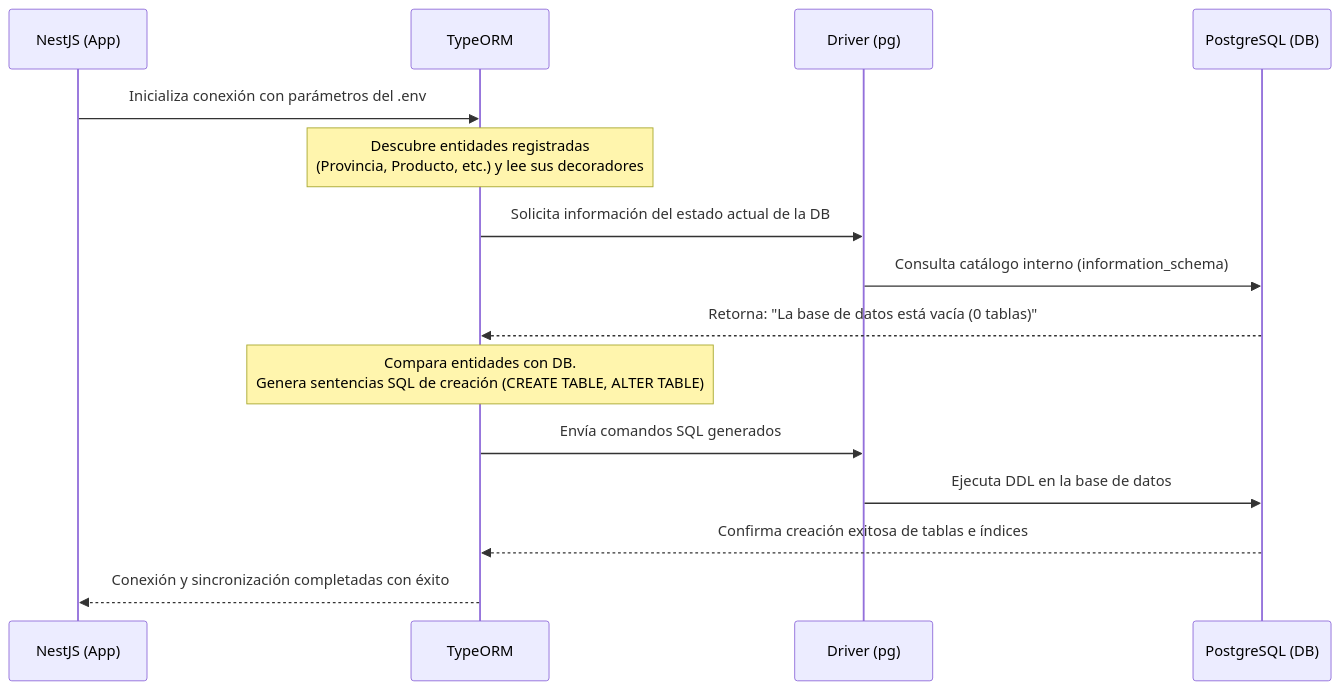
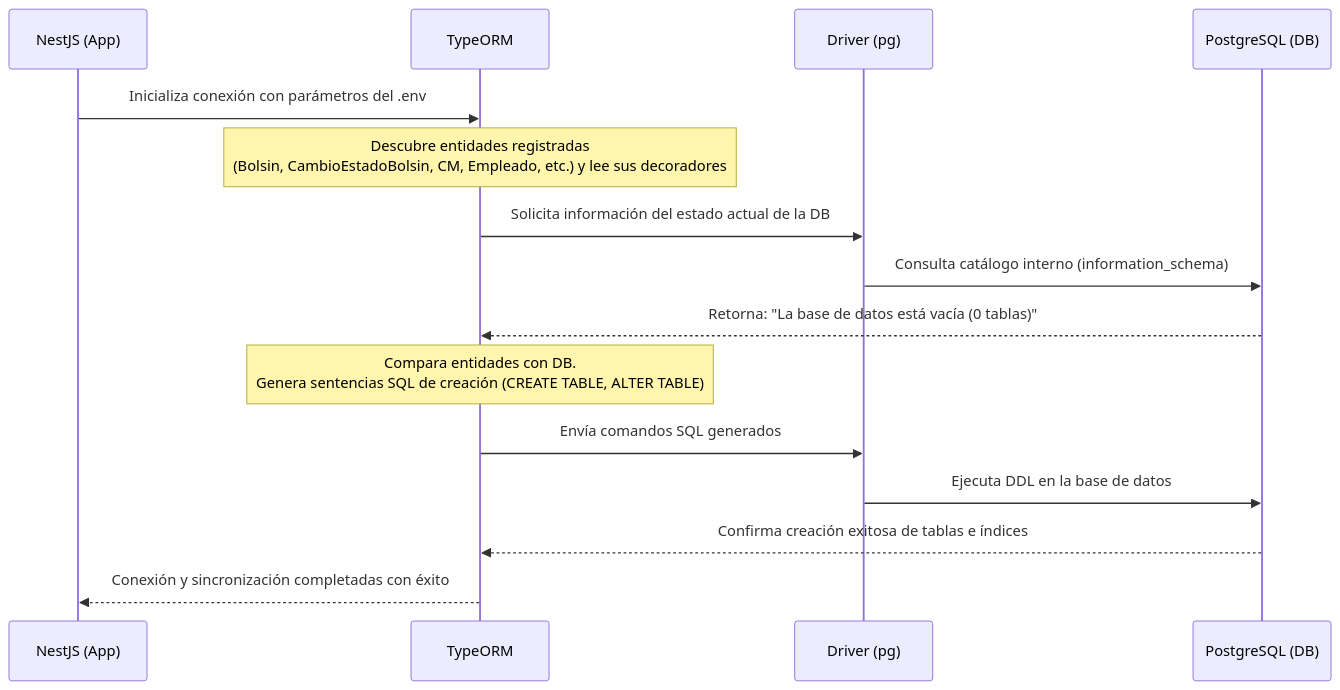
The diagram in tecnologias.md (bbeletti/tpi-dsi), drawn with Mermaid before and after one commit. The commit also changed other lines of this file and 3 other files, not shown here.

````diff
--- a/tecnologias.md
+++ b/tecnologias.md
@@ -39,18 +39,18 @@
 ```mermaid
 sequenceDiagram
     participant NestJS as NestJS (App)
     participant TypeORM as TypeORM
     participant PGDriver as Driver (pg)
     participant Postgres as PostgreSQL (DB)
 
     NestJS->>TypeORM: Inicializa conexión con parámetros del .env
-    Note over TypeORM: Descubre entidades registradas<br/>(Provincia, Producto, etc.) y lee sus decoradores
+    Note over TypeORM: Descubre entidades registradas<br/>(Bolsin, CambioEstadoBolsin, CM, Empleado, etc.) y lee sus decoradores
     TypeORM->>PGDriver: Solicita información del estado actual de la DB
     PGDriver->>Postgres: Consulta catálogo interno (information_schema)
     Postgres-->>TypeORM: Retorna: "La base de datos está vacía (0 tablas)"
     Note over TypeORM: Compara entidades con DB.<br/>Genera sentencias SQL de creación (CREATE TABLE, ALTER TABLE)
     TypeORM->>PGDriver: Envía comandos SQL generados
     PGDriver->>Postgres: Ejecuta DDL en la base de datos
     Postgres-->>TypeORM: Confirma creación exitosa de tablas e índices
     TypeORM-->>NestJS: Conexión y sincronización completadas con éxito
 ```
````
